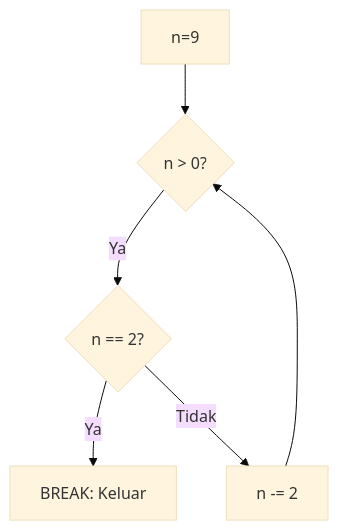
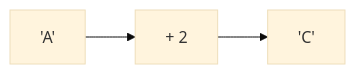
The eighth of 25 diagrams in part-c-pemahaman-cpp/03-perulangan/latihan/set-03.md (amnahwaida/OSNK_INF_PREP), drawn with Mermaid (base theme) before and after one commit. The commit also changed other lines of this file and 71 other files, not shown here.

````diff
--- a/part-c-pemahaman-cpp/03-perulangan/latihan/set-03.md
+++ b/part-c-pemahaman-cpp/03-perulangan/latihan/set-03.md
@@ -247,8 +232,5 @@
 ```mermaid
-graph TD
-    A[n=9] --> B{n > 0?}
-    B -- Ya --> C{n == 2?}
-    C -- Ya --> D[BREAK: Keluar]
-    C -- Tidak --> E[n -= 2]
-    E --> B
+graph LR
+A['A'] --> B[+ 2]
+B --> C['C']
 ```
````
